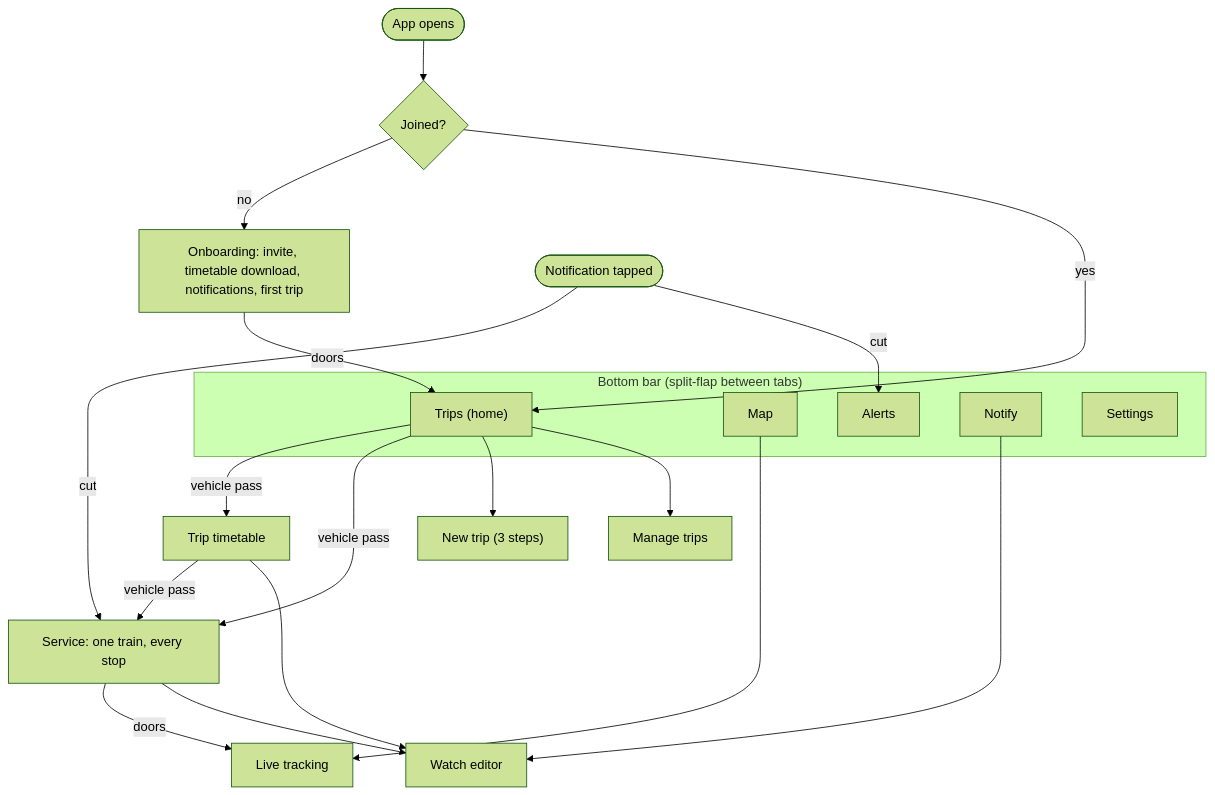
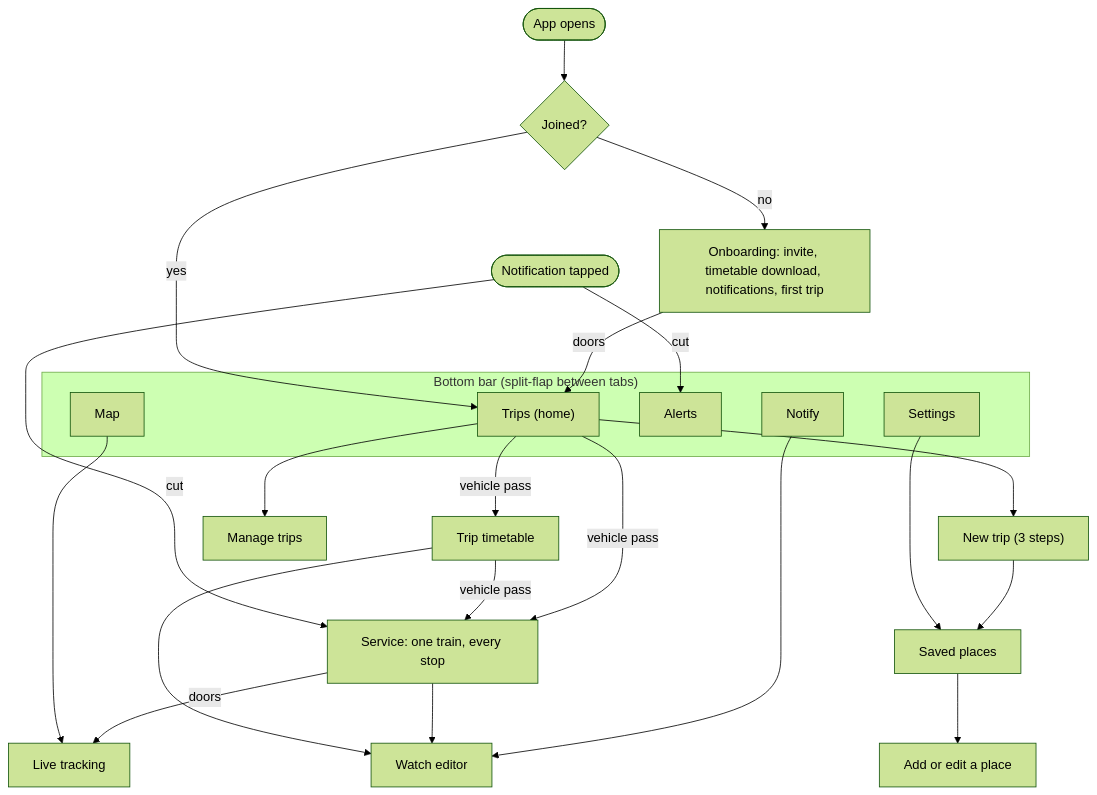
One commit to finnjones/TransitTracker changed the diagram in docs/transittracker-frontend-plan.md. Above: the diagram before and after it, drawn with Mermaid (forest theme). The commit also changed other lines of this file and 3 other files, not shown here.

First line of the commit message:
Front-end plan: saved places and trips between them

````diff
--- a/docs/transittracker-frontend-plan.md
+++ b/docs/transittracker-frontend-plan.md
@@ -381,26 +389,29 @@
 ```mermaid
 flowchart TB
   Open(["App opens"]) --> J{"Joined?"}
   J -- no --> Onb["Onboarding: invite, timetable download, notifications, first trip"]
   Onb -- doors --> Trips
   J -- yes --> Trips
   subgraph Bar["Bottom bar (split-flap between tabs)"]
     Trips["Trips (home)"]
     Map["Map"]
     Alerts["Alerts"]
     Notify["Notify"]
     Settings["Settings"]
   end
   Trips -- vehicle pass --> Timetable["Trip timetable"]
   Trips -- vehicle pass --> Service["Service: one train, every stop"]
   Timetable -- vehicle pass --> Service
   Service -- doors --> Track["Live tracking"]
   Map --> Track
   Trips --> NewTrip["New trip (3 steps)"]
+  NewTrip --> Places["Saved places"]
+  Settings --> Places
+  Places --> AddPlace["Add or edit a place"]
   Trips --> Manage["Manage trips"]
   Notify --> Watch["Watch editor"]
   Service --> Watch
   Timetable --> Watch
   Push(["Notification tapped"]) -- cut --> Service
   Push -- cut --> Alerts
 ```
````
